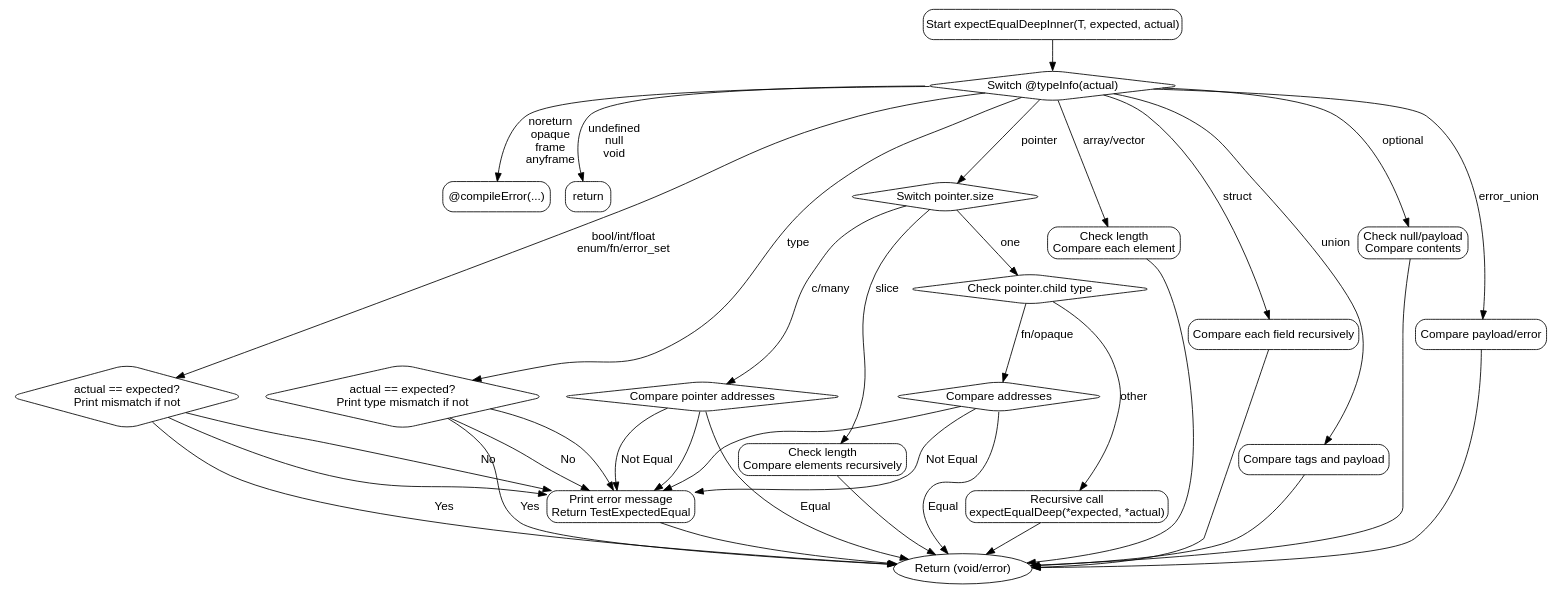
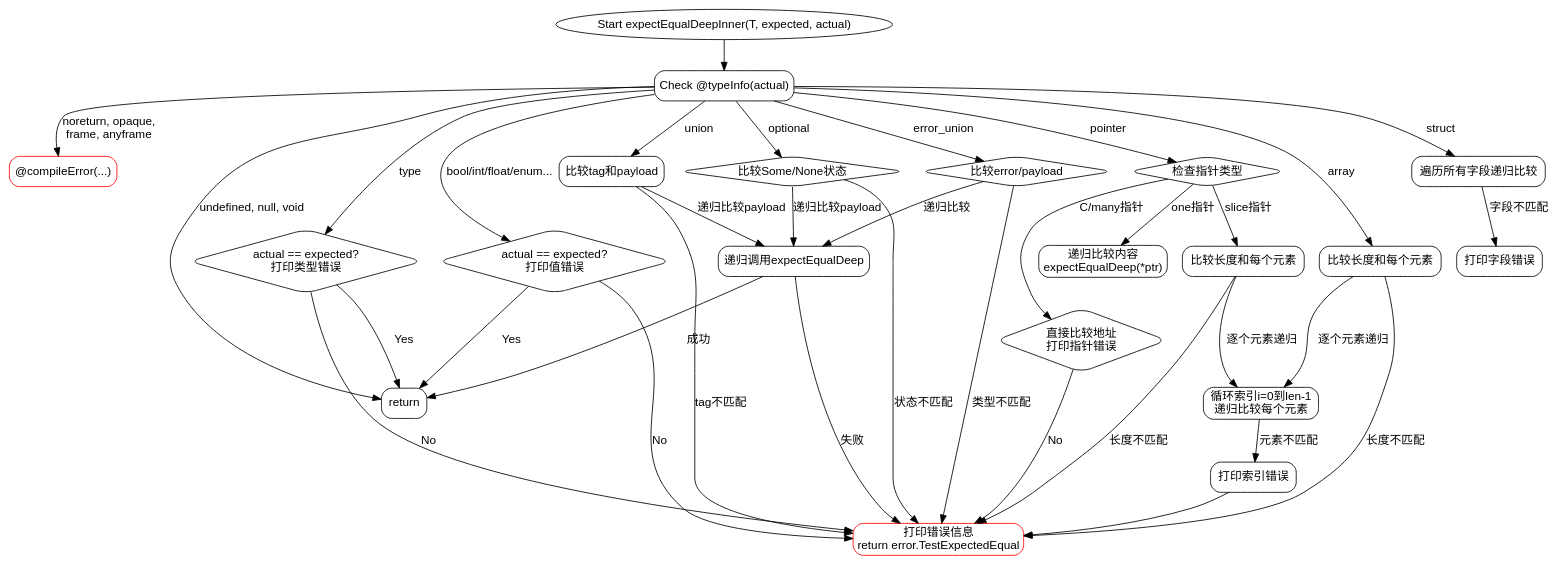
The diagram in dot_std/testing.zig.expectEqualDeepInner.md (sdzx-1/deepseek-zig-reader), drawn with Graphviz before and after one commit. The commit also changed other lines of this file and 236 other files, not shown here.

````diff
--- a/dot_std/testing.zig.expectEqualDeepInner.md
+++ b/dot_std/testing.zig.expectEqualDeepInner.md
@@ -15,88 +25,80 @@
 ```dot
-digraph flowchart {
+digraph ExpectEqualDeepInner {
     node [shape=rectangle, style="rounded", fontname="Arial"];
     edge [fontname="Arial"];
 
-    start [label="Start expectEqualDeepInner(T, expected, actual)"];
-    end [label="Return (void/error)", shape=ellipse];
+    start [label="Start expectEqualDeepInner(T, expected, actual)", shape=ellipse];
+    check_type [label="Check @typeInfo(actual)"];
+    start -> check_type;
 
-    start -> type_switch;
+    // 类型分支
+    check_type -> opaque_error [label="noreturn, opaque,\nframe, anyframe"];
+    opaque_error [label="@compileError(...)", shape=box, color=red];
     
-    type_switch [label="Switch @typeInfo(actual)", shape=diamond];
-    
-    // 第一组类型处理
-    type_switch -> compile_error [label="noreturn\nopaque\nframe\nanyframe"];
-    compile_error [label="@compileError(...)", shape=box];
-    
-    type_switch -> return_void [label="undefined\nnull\nvoid"];
+    check_type -> return_void [label="undefined, null, void"];
     return_void [label="return", shape=box];
     
-    // 基本类型比较
-    type_switch -> type_comparison [label="type"];
-    type_comparison [label="actual == expected?\nPrint type mismatch if not", shape=diamond];
-    type_comparison -> end [label="Yes"];
-    type_comparison -> throw_error [label="No"];
+    check_type -> compare_type [label="type"];
+    compare_type [label="actual == expected?\n打印类型错误", shape=diamond];
+    compare_type -> return_error [label="No"];
+    compare_type -> return_void [label="Yes"];
     
-    // 标量类型处理
-    type_switch -> scalar_check [label="bool/int/float\nenum/fn/error_set"];
-    scalar_check [label="actual == expected?\nPrint mismatch if not", shape=diamond];
-    scalar_check -> end [label="Yes"];
-    scalar_check -> throw_error [label="No"];
+    check_type -> scalar_compare [label="bool/int/float/enum..."];
+    scalar_compare [label="actual == expected?\n打印值错误", shape=diamond];
+    scalar_compare -> return_error [label="No"];
+    scalar_compare -> return_void [label="Yes"];
     
-    // 指针处理分支
-    type_switch -> pointer_switch [label="pointer"];
-    pointer_switch [label="Switch pointer.size", shape=diamond];
+    check_type -> pointer_handling [label="pointer"];
+    pointer_handling [label="检查指针类型", shape=diamond];
+    pointer_handling -> c_ptr_compare [label="C/many指针"];
+    c_ptr_compare [label="直接比较地址\n打印指针错误", shape=diamond];
+    c_ptr_compare -> return_error [label="No"];
     
-    pointer_switch -> c_many_ptr [label="c/many"];
-    c_many_ptr [label="Compare pointer addresses", shape=diamond];
-    c_many_ptr -> end [label="Equal"];
-    c_many_ptr -> throw_error [label="Not Equal"];
+    pointer_handling -> one_ptr_recurse [label="one指针"];
+    one_ptr_recurse [label="递归比较内容\nexpectEqualDeep(*ptr)", shape=box];
     
-    pointer_switch -> one_ptr [label="one"];
-    one_ptr [label="Check pointer.child type", shape=diamond];
-    one_ptr -> compare_pointer [label="fn/opaque"];
-    compare_pointer [label="Compare addresses", shape=diamond];
-    compare_pointer -> end [label="Equal"];
-    compare_pointer -> throw_error [label="Not Equal"];
+    pointer_handling -> slice_compare [label="slice指针"];
+    slice_compare [label="比较长度和每个元素", shape=box];
+    slice_compare -> return_error [label="长度不匹配"];
+    slice_compare -> element_loop [label="逐个元素递归"];
     
-    one_ptr -> dereference [label="other"];
-    dereference [label="Recursive call\nexpectEqualDeep(*expected, *actual)", shape=box];
-    dereference -> end;
+    check_type -> array_compare [label="array"];
+    array_compare [label="比较长度和每个元素", shape=box];
+    array_compare -> return_error [label="长度不匹配"];
+    array_compare -> element_loop [label="逐个元素递归"];
     
-    pointer_switch -> slice_ptr [label="slice"];
-    slice_ptr [label="Check length\nCompare elements recursively", shape=box];
-    slice_ptr -> end;
+    check_type -> struct_compare [label="struct"];
+    struct_compare [label="遍历所有字段递归比较", shape=box];
+    struct_compare -> field_error [label="字段不匹配"];
+    field_error [label="打印字段错误", shape=box];
     
-    // 数组/向量处理
-    type_switch -> array_check [label="array/vector"];
-    array_check [label="Check length\nCompare each element", shape=box];
-    array_check -> end;
+    check_type -> union_compare [label="union"];
+    union_compare [label="比较tag和payload", shape=box];
+    union_compare -> return_error [label="tag不匹配"];
+    union_compare -> payload_compare [label="递归比较payload"];
     
-    // 结构体处理
-    type_switch -> struct_check [label="struct"];
-    struct_check [label="Compare each field recursively", shape=box];
-    struct_check -> end;
+    check_type -> optional_compare [label="optional"];
+    optional_compare [label="比较Some/None状态", shape=diamond];
+    optional_compare -> return_error [label="状态不匹配"];
+    optional_compare -> payload_compare [label="递归比较payload"];
     
-    // 联合类型处理
-    type_switch -> union_check [label="union"];
-    union_check [label="Compare tags and payload", shape=box];
-    union_check -> end;
-    
-    // Optional类型
-    type_switch -> optional_check [label="optional"];
-    optional_check [label="Check null/payload\nCompare contents", shape=box];
-    optional_check -> end;
-    
-    // Error Union处理
-    type_switch -> error_union_check [label="error_union"];
-    error_union_check [label="Compare payload/error", shape=box];
-    error_union_check -> end;
+    check_type -> error_union_compare [label="error_union"];
+    error_union_compare [label="比较error/payload", shape=diamond];
+    error_union_compare -> return_error [label="类型不匹配"];
+    error_union_compare -> payload_compare [label="递归比较"];
     
     // 公共错误处理
-    throw_error [label="Print error message\nReturn TestExpectedEqual", shape=box];
-    throw_error -> end;
+    return_error [label="打印错误信息\nreturn error.TestExpectedEqual", shape=box, color=red];
     
-    // 连接所有错误路径
-    {rank=same; type_comparison scalar_check c_many_ptr compare_pointer} -> throw_error;
+    // 公共元素循环
+    element_loop [label="循环索引i=0到len-1\n递归比较每个元素", shape=box];
+    element_loop -> element_error [label="元素不匹配"];
+    element_error [label="打印索引错误", shape=box];
+    element_error -> return_error;
+    
+    // 递归连接点
+    payload_compare [label="递归调用expectEqualDeep", shape=box];
+    payload_compare -> return_error [label="失败"];
+    payload_compare -> return_void [label="成功"];
 }
-```
+``` 
````
